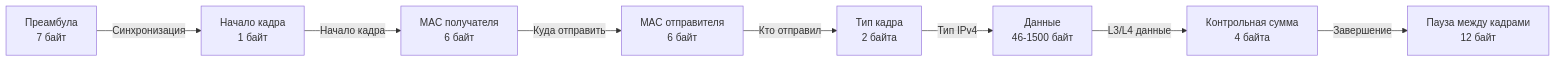
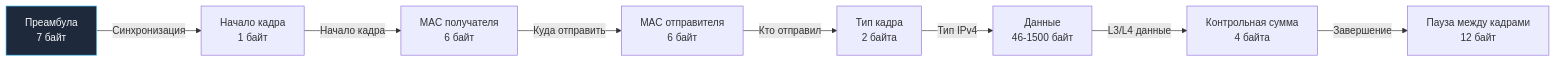
The second of 5 diagrams in sources/3. Компьютерные сети и сетевой стек/3. Ethernet, MAC-адреса и локальные сети.md (UnrealTemplier/go-textbook), drawn with Mermaid before and after one commit. The commit also changed other lines of this file and 1666 other files, not shown here.

First line of the commit message:
feat(mermaid): add semantic color classDef to 1369 colorless flowchart/graph diagrams

````diff
--- a/sources/3. Компьютерные сети и сетевой стек/3. Ethernet, MAC-адреса и локальные сети.md
+++ b/sources/3. Компьютерные сети и сетевой стек/3. Ethernet, MAC-адреса и локальные сети.md
@@ -50,10 +60,20 @@
 ```mermaid
 flowchart LR
-    A["Преамбула<br>7 байт"] -->|"Синхронизация"| B["Начало кадра<br>1 байт"]
+    classDef process  fill:#1e293b,stroke:#38bdf8,stroke-width:1px,color:#f8fafc
+    classDef success  fill:#064e3b,stroke:#34d399,stroke-width:1px,color:#f8fafc
+    classDef error    fill:#7f1d1d,stroke:#f87171,stroke-width:1px,color:#f8fafc
+    classDef warning  fill:#78350f,stroke:#fbbf24,stroke-width:1px,color:#f8fafc
+    classDef entry    fill:#1e3a5f,stroke:#38bdf8,stroke-width:2px,color:#f8fafc
+    classDef aux      fill:#334155,stroke:#64748b,stroke-width:1px,color:#f8fafc
+    classDef system   fill:#312e81,stroke:#a78bfa,stroke-width:1px,color:#f8fafc
+    classDef data     fill:#132d29,stroke:#2dd4bf,stroke-width:1px,color:#f8fafc
+    classDef network  fill:#881337,stroke:#fb7185,stroke-width:1px,color:#f8fafc
+    classDef accent   fill:#1e1b4b,stroke:#818cf8,stroke-width:1px,color:#f8fafc
+    A["Преамбула<br>7 байт"]:::process -->|"Синхронизация"| B["Начало кадра<br>1 байт"]
     B -->|"Начало кадра"| C["MAC получателя<br>6 байт"]
     C -->|"Куда отправить"| D["MAC отправителя<br>6 байт"]
     D -->|"Кто отправил"| E["Тип кадра<br>2 байта"]
     E -->|"Тип IPv4"| F["Данные<br>46-1500 байт"]
     F -->|"L3/L4 данные"| G["Контрольная сумма<br>4 байта"]
     G -->|"Завершение"| H["Пауза между кадрами<br>12 байт"]
 ```
````
